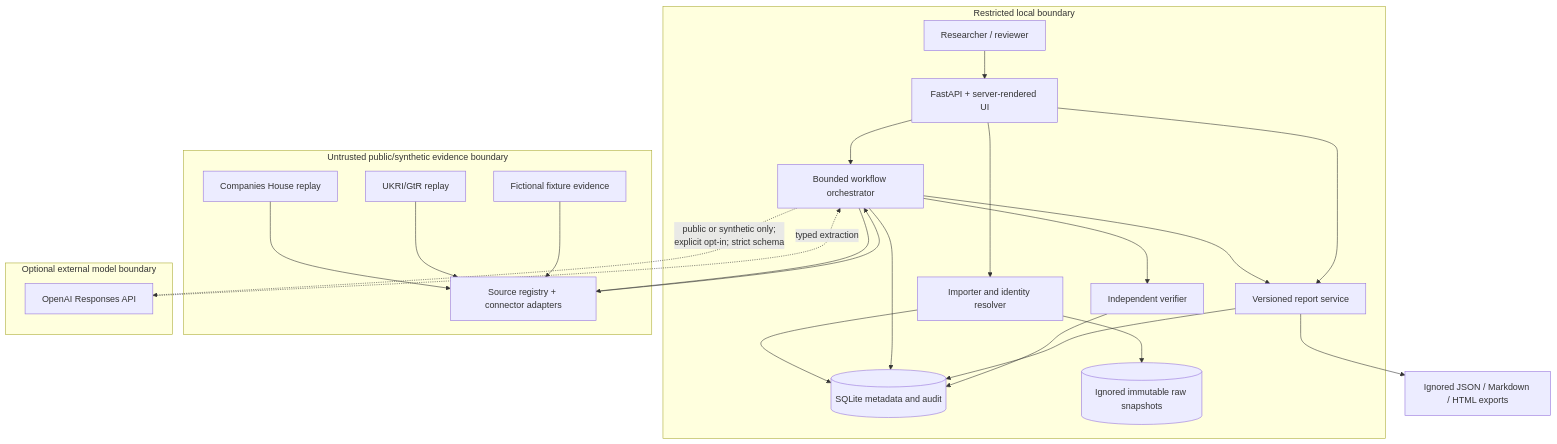
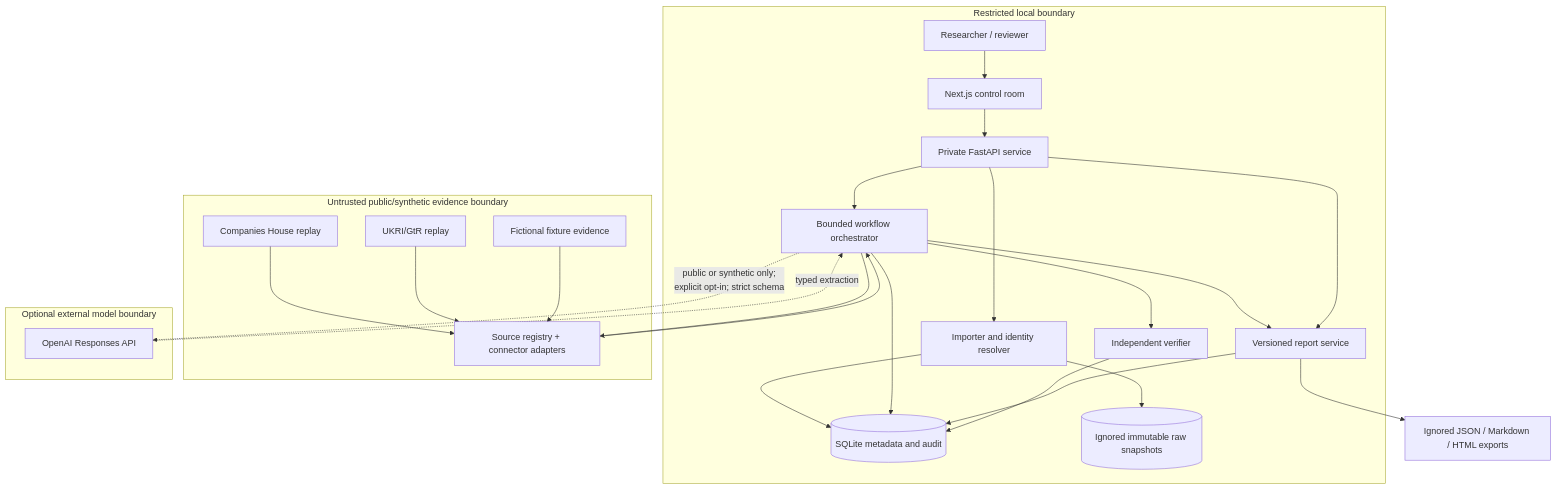
The first of 3 diagrams in docs/ARCHITECTURE.md (fayeeniu/dissertation-agentic-portfolio-monitoring), drawn with Mermaid before and after one commit. The commit also changed other lines of this file and 264 other files, not shown here.

````diff
--- a/docs/ARCHITECTURE.md
+++ b/docs/ARCHITECTURE.md
@@ -12,44 +12,46 @@
 ```mermaid
 flowchart TB
     subgraph R[Restricted local boundary]
         U[Researcher / reviewer]
-        UI[FastAPI + server-rendered UI]
+        UI[Next.js control room]
+        API[Private FastAPI service]
         IMP[Importer and identity resolver]
         DB[(SQLite metadata and audit)]
         RAW[(Ignored immutable raw snapshots)]
         WF[Bounded workflow orchestrator]
         VER[Independent verifier]
         REP[Versioned report service]
         U --> UI
-        UI --> IMP
+        UI --> API
+        API --> IMP
         IMP --> RAW
         IMP --> DB
-        UI --> WF
+        API --> WF
         WF --> DB
         WF --> VER
         VER --> DB
         WF --> REP
-        UI --> REP
+        API --> REP
         REP --> DB
     end
 
     subgraph P[Untrusted public/synthetic evidence boundary]
         CON[Source registry + connector adapters]
         CH[Companies House replay]
         UKRI[UKRI/GtR replay]
         FX[Fictional fixture evidence]
         CH --> CON
         UKRI --> CON
         FX --> CON
     end
 
     subgraph E[Optional external model boundary]
         OAI[OpenAI Responses API]
     end
 
     WF --> CON
     CON --> WF
     WF -. public or synthetic only;<br/>explicit opt-in; strict schema .-> OAI
     OAI -. typed extraction .-> WF
     REP --> OUT[Ignored JSON / Markdown / HTML exports]
 ```
````
